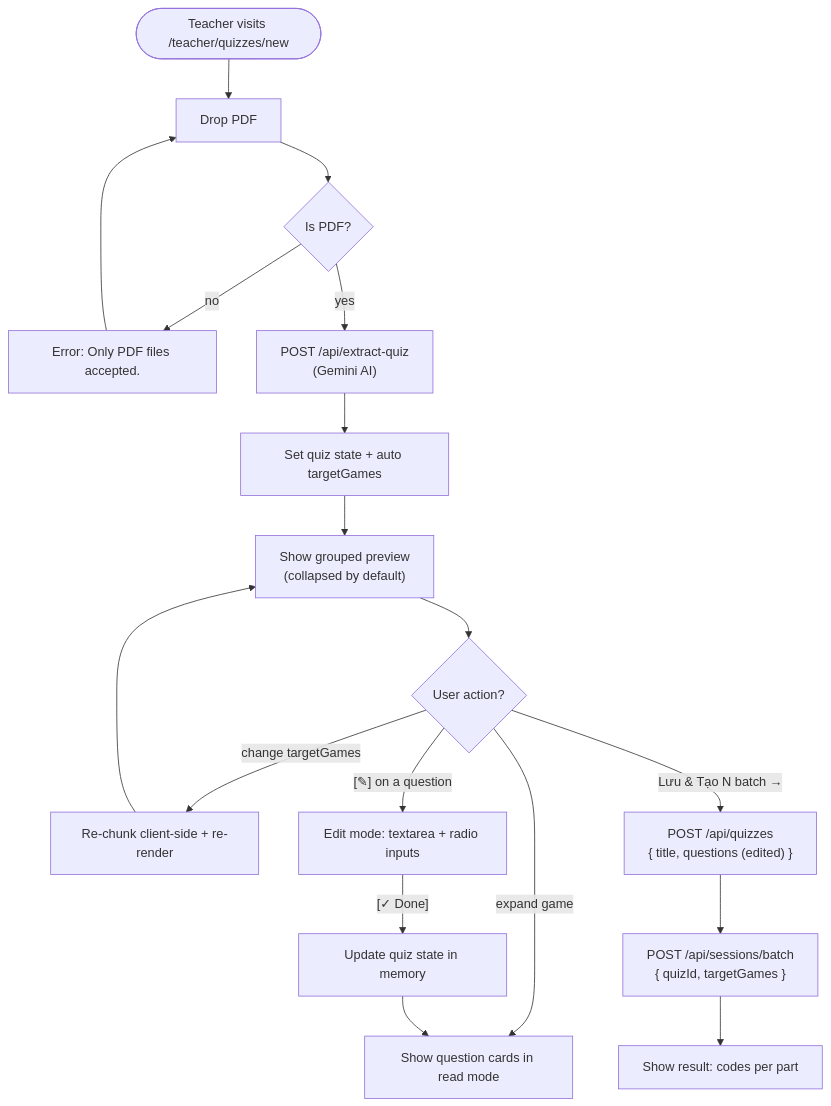
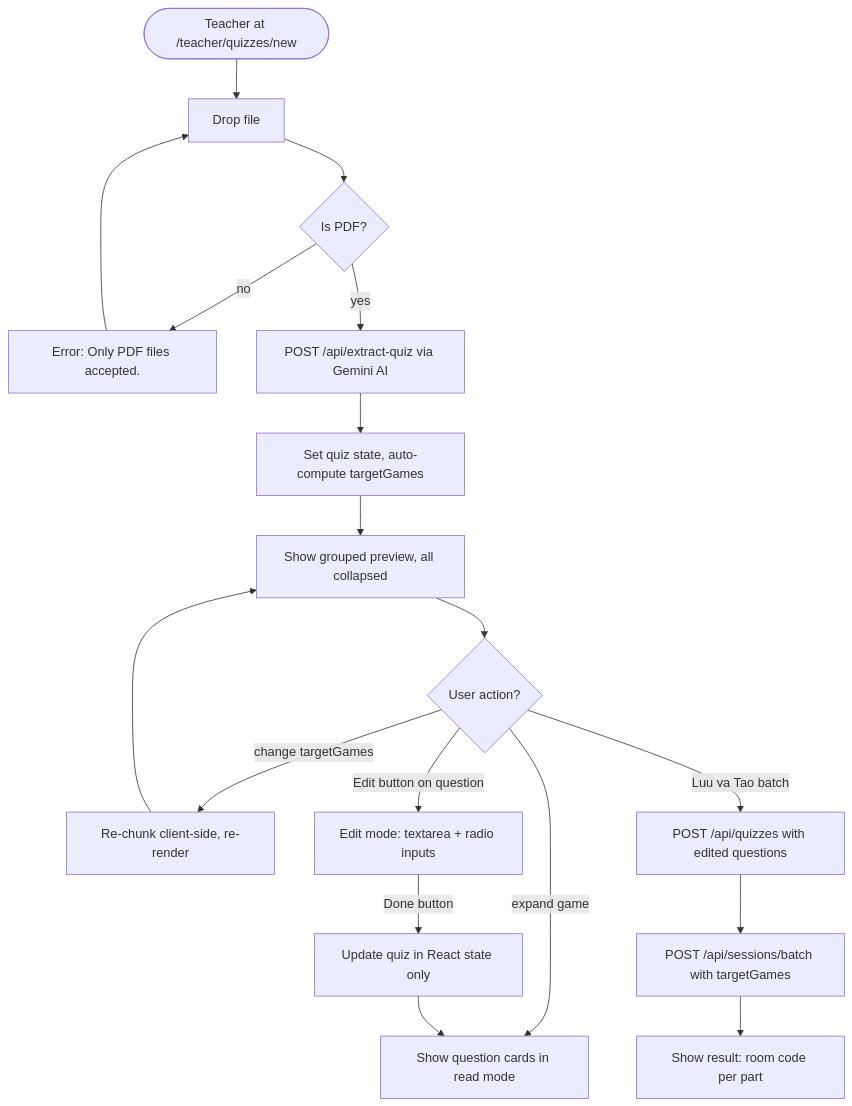
The fifth of 9 diagrams in docs/specs.md (linhhd1kt/fce-quizz), drawn with Mermaid before and after one commit. The commit also changed other lines of this file, not shown here.

Commit message:
fix: correct Mermaid syntax in specs.md (slash shapes, curly braces, newlines in labels)

````diff
--- a/docs/specs.md
+++ b/docs/specs.md
@@ -360,22 +359,22 @@
 ```mermaid
 flowchart TD
-    A([Teacher visits /teacher/quizzes/new]) --> B[Drop PDF]
+    A([Teacher at /teacher/quizzes/new]) --> B["Drop file"]
     B --> C{Is PDF?}
     C -- no --> D["Error: Only PDF files accepted."]
     D --> B
-    C -- yes --> E["POST /api/extract-quiz\n(Gemini AI)"]
-    E --> F[Set quiz state + auto targetGames]
-    F --> G["Show grouped preview\n(collapsed by default)"]
+    C -- yes --> E["POST /api/extract-quiz via Gemini AI"]
+    E --> F["Set quiz state, auto-compute targetGames"]
+    F --> G["Show grouped preview, all collapsed"]
 
     G --> H{User action?}
-    H -- "expand game" --> I[Show question cards in read mode]
-    H -- "change targetGames" --> J[Re-chunk client-side + re-render]
+    H -- "expand game" --> I["Show question cards in read mode"]
+    H -- "change targetGames" --> J["Re-chunk client-side, re-render"]
     J --> G
-    H -- "[✎] on a question" --> K[Edit mode: textarea + radio inputs]
-    K -- "[✓ Done]" --> L[Update quiz state in memory]
+    H -- "Edit button on question" --> K["Edit mode: textarea + radio inputs"]
+    K -- "Done button" --> L["Update quiz in React state only"]
     L --> I
 
-    H -- "Lưu & Tạo N batch →" --> M["POST /api/quizzes\n{ title, questions (edited) }"]
-    M --> N["POST /api/sessions/batch\n{ quizId, targetGames }"]
-    N --> O[Show result: codes per part]
+    H -- "Luu va Tao batch" --> M["POST /api/quizzes with edited questions"]
+    M --> N["POST /api/sessions/batch with targetGames"]
+    N --> O["Show result: room code per part"]
 ```
````
